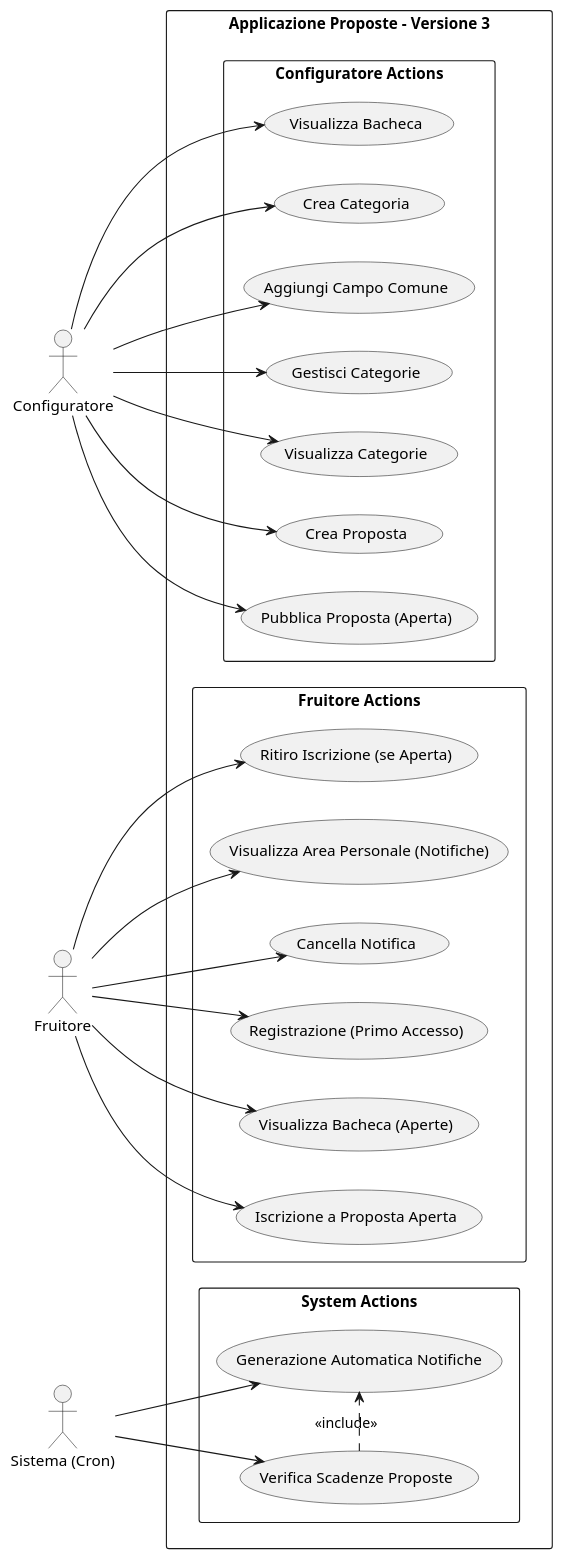
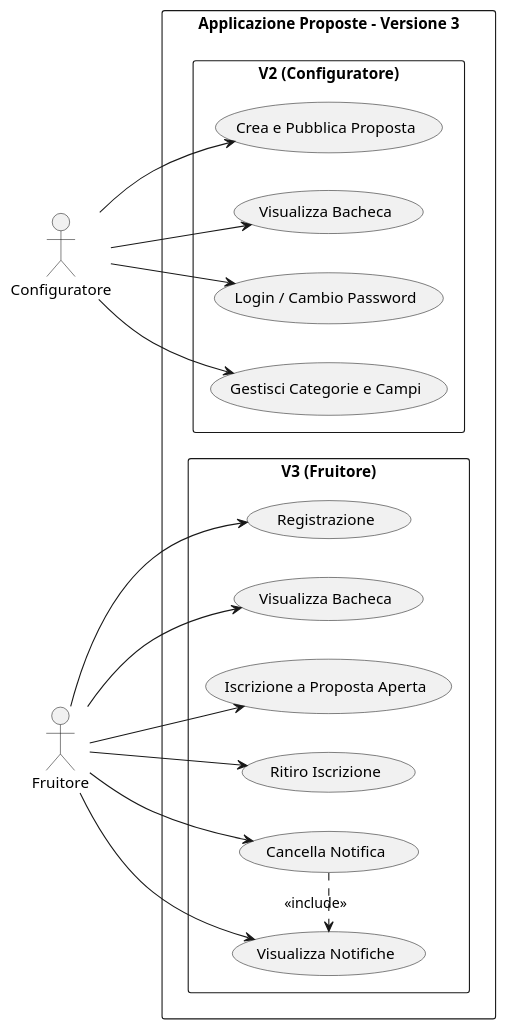
One commit to davideruggeri/ProgettoIngSw changed the diagram in Documentazione/uml/v3_casi_uso.puml. Above: the diagram before and after it, drawn with PlantUML. The commit also changed 68 other files, not shown here.

```diff
--- a/Documentazione/uml/v3_casi_uso.puml
+++ b/Documentazione/uml/v3_casi_uso.puml
@@ -1,54 +1,40 @@
 @startuml
 left to right direction
 skinparam packageStyle rectangle
 
 actor "Configuratore" as Admin
 actor "Fruitore" as User
-actor "Sistema (Cron)" as System
 
 rectangle "Applicazione Proposte - Versione 3" {
-    package "Configuratore Actions" {
-      usecase "Crea Categoria" as UC1
-      usecase "Aggiungi Campo Comune" as UC2
-      usecase "Gestisci Categorie" as UC3
-      usecase "Visualizza Categorie" as UC4
-      usecase "Crea Proposta" as UC5
-      usecase "Pubblica Proposta (Aperta)" as UC6
-      usecase "Visualizza Bacheca" as UC7
-    }
-    
-    package "Fruitore Actions" {
-      usecase "Registrazione (Primo Accesso)" as UC8
-      usecase "Visualizza Bacheca (Aperte)" as UC9
-      usecase "Iscrizione a Proposta Aperta" as UC10
-      usecase "Ritiro Iscrizione (se Aperta)" as UC11
-      usecase "Visualizza Area Personale (Notifiche)" as UC12
-      usecase "Cancella Notifica" as UC13
+    package "V2 (Configuratore)" {
+      usecase "Login / Cambio Password" as UC1
+      usecase "Gestisci Categorie e Campi" as UC2
+      usecase "Crea e Pubblica Proposta" as UC3
+      usecase "Visualizza Bacheca" as UC4
     }
 
-    package "System Actions" {
-      usecase "Verifica Scadenze Proposte" as UC14
-      usecase "Generazione Automatica Notifiche" as UC15
+    package "V3 (Fruitore)" {
+      usecase "Registrazione" as UC8
+      usecase "Visualizza Bacheca" as UC9
+      usecase "Iscrizione a Proposta Aperta" as UC10
+      usecase "Ritiro Iscrizione" as UC11
+      usecase "Visualizza Notifiche" as UC12
+      usecase "Cancella Notifica" as UC13
     }
 }
 
 Admin --> UC1
 Admin --> UC2
 Admin --> UC3
 Admin --> UC4
-Admin --> UC5
-Admin --> UC6
-Admin --> UC7
 
 User --> UC8
 User --> UC9
 User --> UC10
 User --> UC11
 User --> UC12
 User --> UC13
 
-System --> UC14
-System --> UC15
-UC14 .> UC15 : <<include>>
+UC13 .> UC12 : <<include>>
 
 @enduml
```
